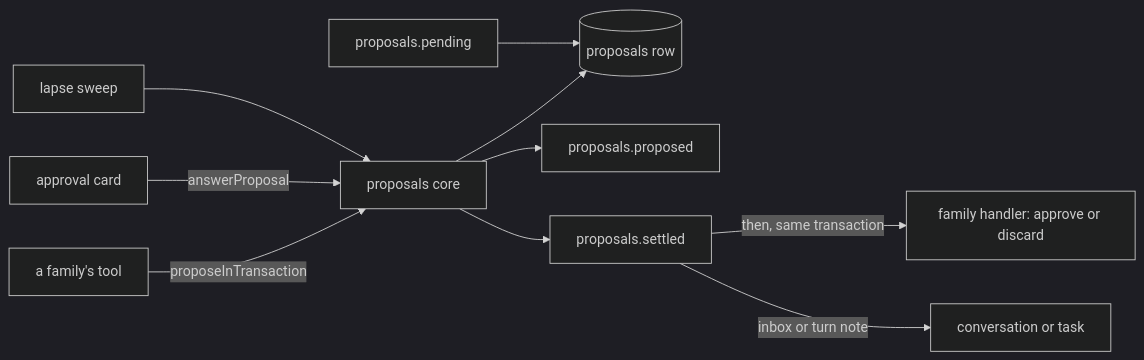
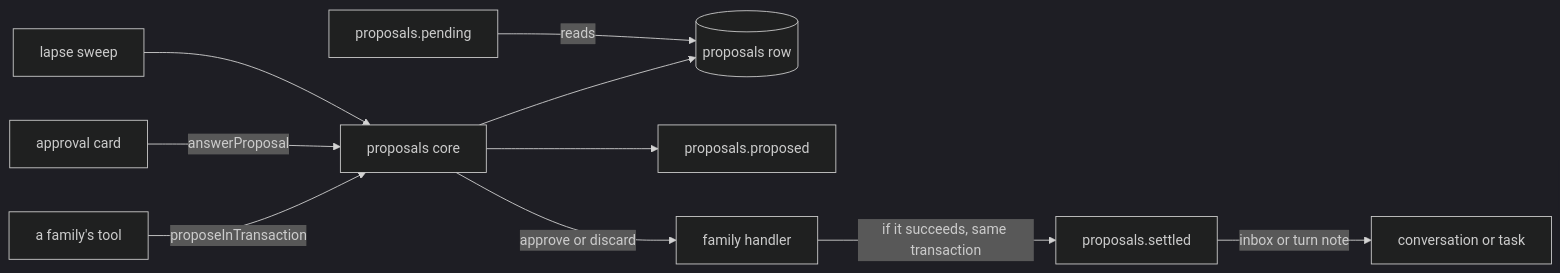
The diagram in docs/design/queue/proposals.md (zgeoff/nixie), drawn with Mermaid (dark theme) before and after one commit. The commit also changed other lines of this file, not shown here.

Commit message:
docs(design): answer the second round of tests on proposals

````diff
--- a/docs/design/queue/proposals.md
+++ b/docs/design/queue/proposals.md
@@ -18,12 +18,12 @@
 ```mermaid
 flowchart LR
   tool[a family's tool] -->|"proposeInTransaction"| core[proposals core]
   core --> row[(proposals row)]
   core --> rec1[proposals.proposed]
   card[approval card] -->|"answerProposal"| core
   sweep[lapse sweep] --> core
-  core --> rec2[proposals.settled]
-  rec2 -->|"then, same transaction"| handler[family handler: approve or discard]
+  core -->|"approve or discard"| handler[family handler]
+  handler -->|"if it succeeds, same transaction"| rec2[proposals.settled]
   rec2 -->|"inbox or turn note"| proposer[conversation or task]
-  pending[proposals.pending] --> row
+  pending[proposals.pending] -->|"reads"| row
 ```
````
